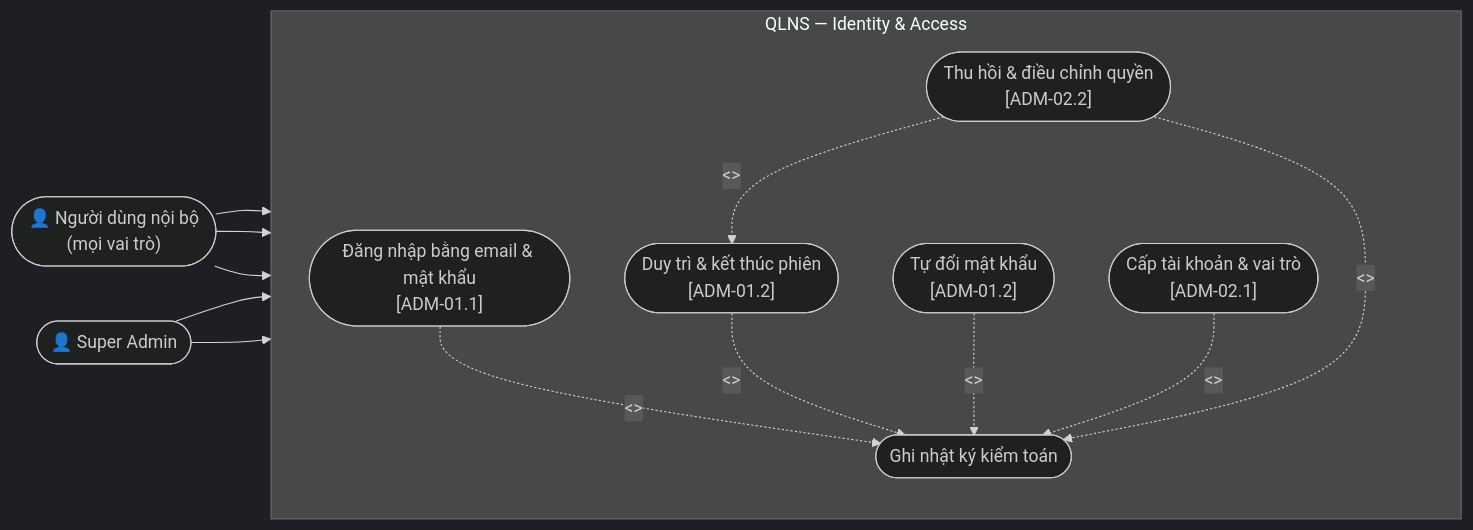
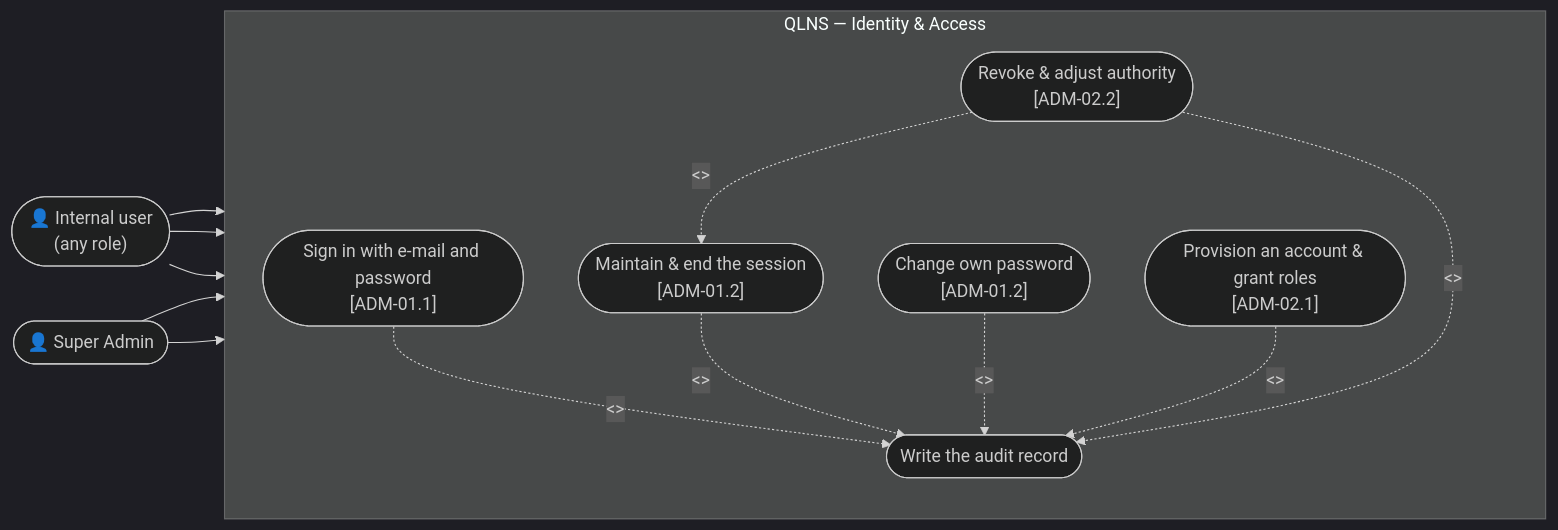
One commit to nvdat16/QLNS changed the sixth of 6 diagrams in docs/use_cases.md. Above: the diagram before and after it, drawn with Mermaid (dark theme). The commit also changed other lines of this file and 25 other files, not shown here.

````diff
--- a/docs/use_cases.md
+++ b/docs/use_cases.md
@@ -318,28 +318,28 @@
 ```mermaid
 flowchart LR
-    AnyUser(["👤 Người dùng nội bộ<br/>(mọi vai trò)"])
+    AnyUser(["👤 Internal user<br/>(any role)"])
     Admin(["👤 Super Admin"])
 
     subgraph QLNS_ADM["QLNS — Identity & Access"]
         direction TB
-        UC_SIGN_IN(["Đăng nhập bằng email & mật khẩu<br/>[ADM-01.1]"])
-        UC_SESSION(["Duy trì & kết thúc phiên<br/>[ADM-01.2]"])
-        UC_CHANGE_PWD(["Tự đổi mật khẩu<br/>[ADM-01.2]"])
-        UC_ACCOUNT_PROVISION(["Cấp tài khoản & vai trò<br/>[ADM-02.1]"])
-        UC_ACCOUNT_REVOKE(["Thu hồi & điều chỉnh quyền<br/>[ADM-02.2]"])
-        UC_AUDIT_WRITE(["Ghi nhật ký kiểm toán"])
+        UC_SIGN_IN(["Sign in with e-mail and password<br/>[ADM-01.1]"])
+        UC_SESSION(["Maintain & end the session<br/>[ADM-01.2]"])
+        UC_CHANGE_PWD(["Change own password<br/>[ADM-01.2]"])
+        UC_ACCOUNT_PROVISION(["Provision an account & grant roles<br/>[ADM-02.1]"])
+        UC_ACCOUNT_REVOKE(["Revoke & adjust authority<br/>[ADM-02.2]"])
+        UC_AUDIT_WRITE(["Write the audit record"])
     end
 
     AnyUser --> UC_SIGN_IN
     AnyUser --> UC_SESSION
     AnyUser --> UC_CHANGE_PWD
     Admin --> UC_ACCOUNT_PROVISION
     Admin --> UC_ACCOUNT_REVOKE
 
     UC_SIGN_IN -. "<<include>>" .-> UC_AUDIT_WRITE
     UC_SESSION -. "<<include>>" .-> UC_AUDIT_WRITE
     UC_CHANGE_PWD -. "<<include>>" .-> UC_AUDIT_WRITE
     UC_ACCOUNT_PROVISION -. "<<include>>" .-> UC_AUDIT_WRITE
     UC_ACCOUNT_REVOKE -. "<<include>>" .-> UC_AUDIT_WRITE
     UC_ACCOUNT_REVOKE -. "<<extend>>" .-> UC_SESSION
 ```
````
